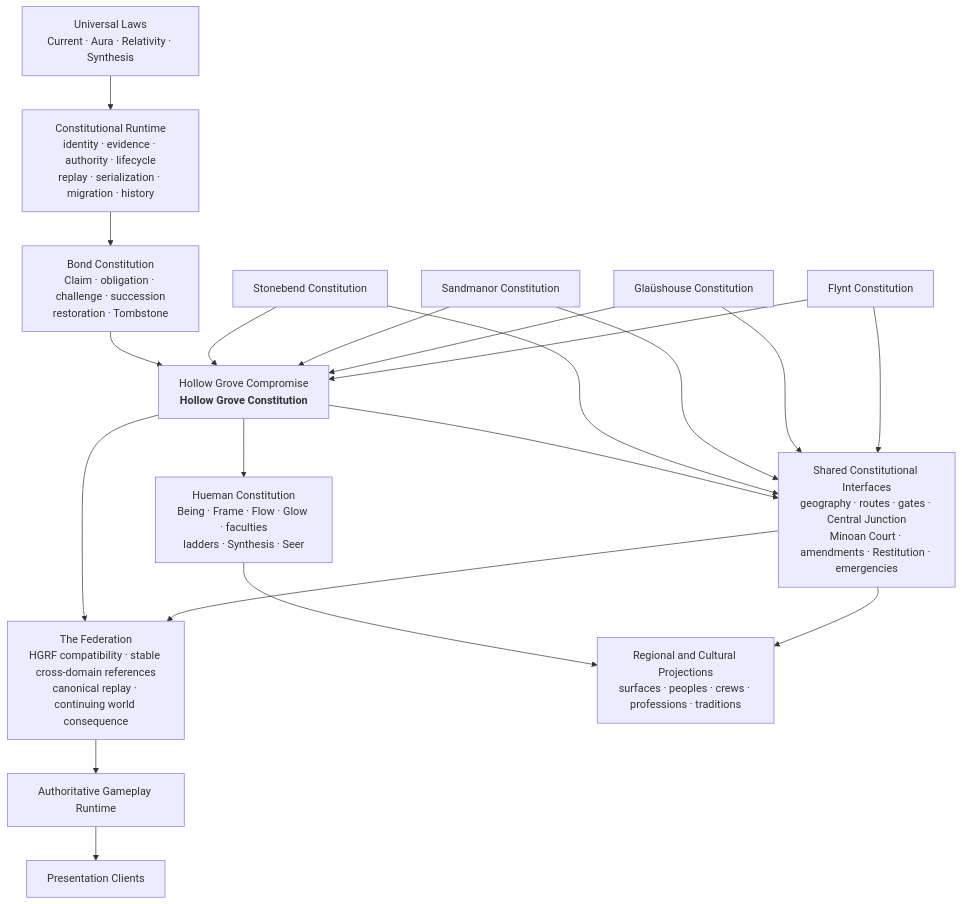
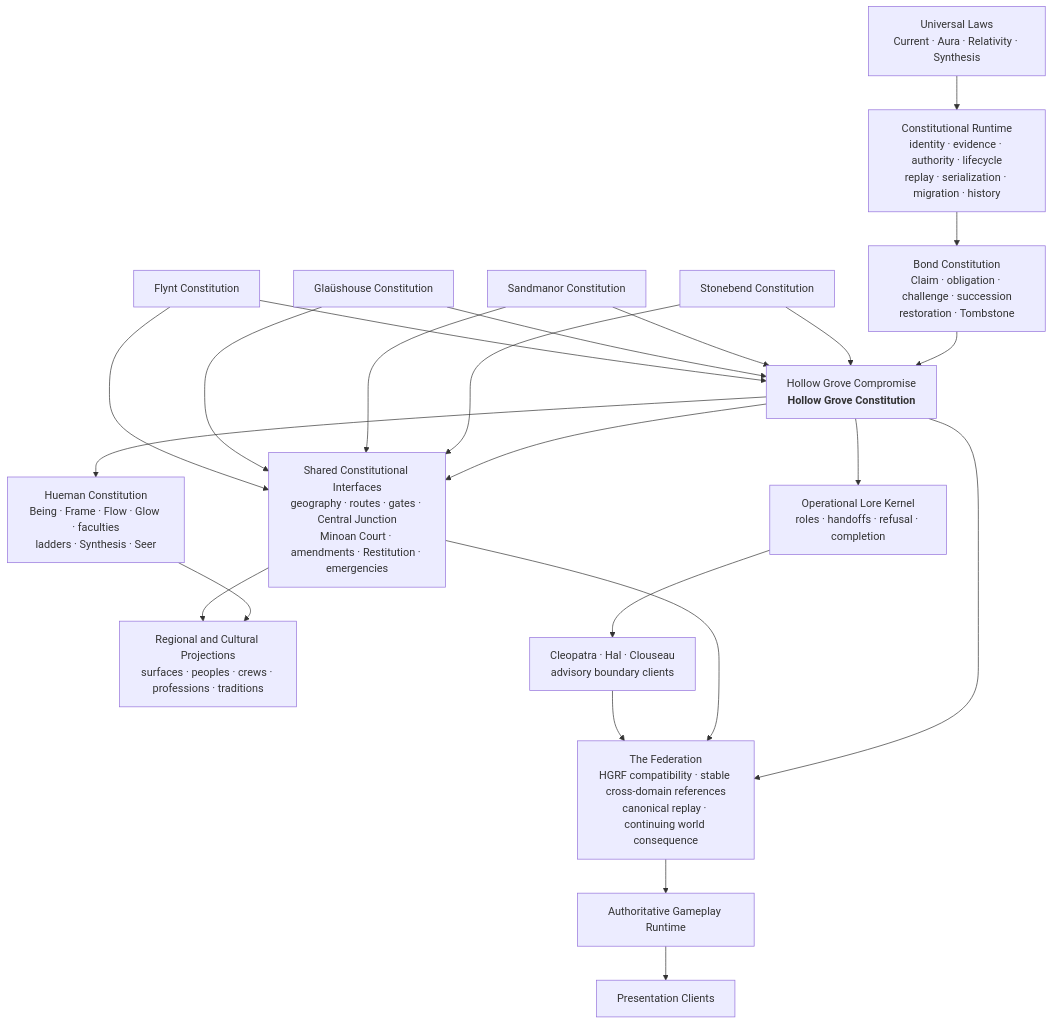
Before and after one commit to RoiLenox/hollow_grove: the first of 3 diagrams in HOLLOW_GROVE_CONSTITUTIONAL_ARCHITECTURE_V1.md, drawn with Mermaid. The commit also changed other lines of this file and 324 other files, not shown here.

````diff
--- a/HOLLOW_GROVE_CONSTITUTIONAL_ARCHITECTURE_V1.md
+++ b/HOLLOW_GROVE_CONSTITUTIONAL_ARCHITECTURE_V1.md
@@ -28,38 +28,41 @@
 ```mermaid
 flowchart TB
     UL["Universal Laws<br/>Current · Aura · Relativity · Synthesis"]
     RT["Constitutional Runtime<br/>identity · evidence · authority · lifecycle<br/>replay · serialization · migration · history"]
     BC["Bond Constitution<br/>Claim · obligation · challenge · succession<br/>restoration · Tombstone"]
     HG["Hollow Grove Compromise<br/><b>Hollow Grove Constitution</b>"]
     RF["The Federation<br/>HGRF compatibility · stable cross-domain references<br/>canonical replay · continuing world consequence"]
     GP["Authoritative Gameplay Runtime"]
     PX["Presentation Clients"]
 
     SB["Stonebend Constitution"]
     SA["Sandmanor Constitution"]
     GL["Glaüshouse Constitution"]
     FL["Flynt Constitution"]
     HU["Hueman Constitution<br/>Being · Frame · Flow · Glow · faculties<br/>ladders · Synthesis · Seer"]
     IF["Shared Constitutional Interfaces<br/>geography · routes · gates · Central Junction<br/>Minoan Court · amendments · Restitution · emergencies"]
     RP["Regional and Cultural Projections<br/>surfaces · peoples · crews · professions · traditions"]
 
     UL --> RT
     RT --> BC
     BC --> HG
     SB --> HG
     SA --> HG
     GL --> HG
     FL --> HG
     HG --> HU
     HG --> IF
     HG --> RF
     IF --> RF
+    HG --> OL["Operational Lore Kernel\nroles · handoffs · refusal · completion"]
+    OL --> AI["Cleopatra · Hal · Clouseau\nadvisory boundary clients"]
+    AI --> RF
     RF --> GP
     GP --> PX
     SB --> IF
     SA --> IF
     GL --> IF
     FL --> IF
     HU --> RP
     IF --> RP
 ```
````
